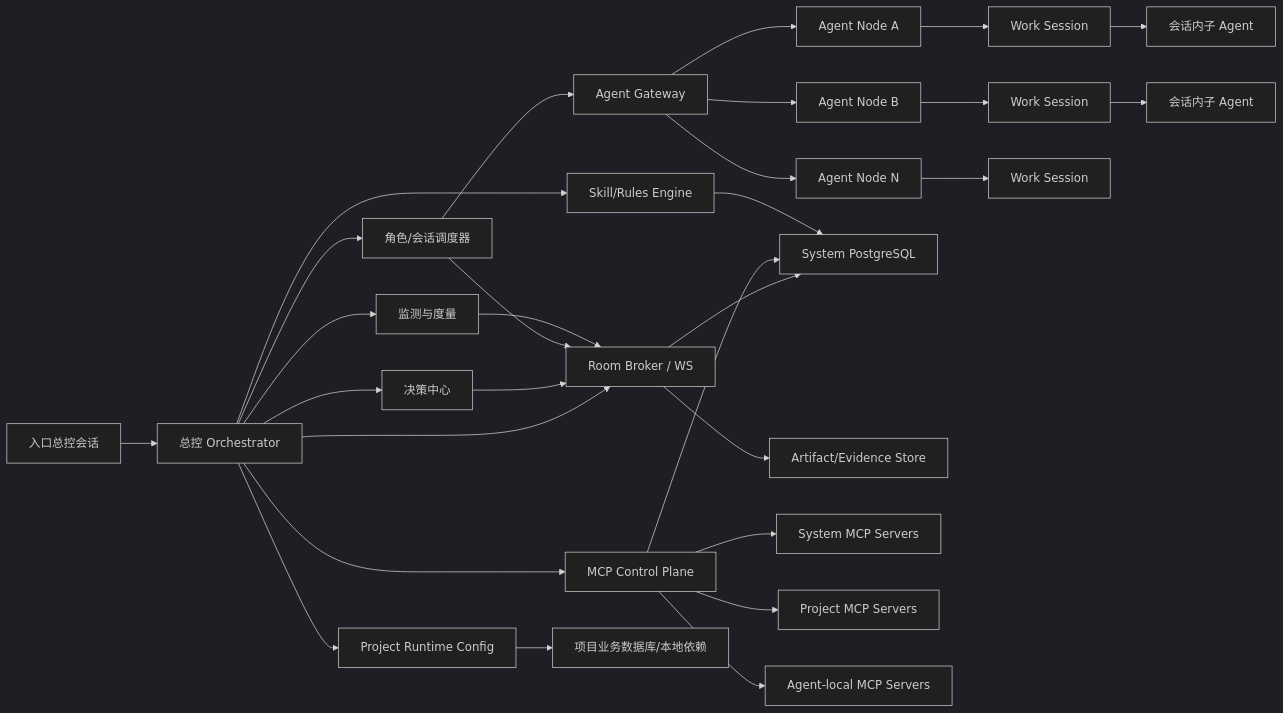
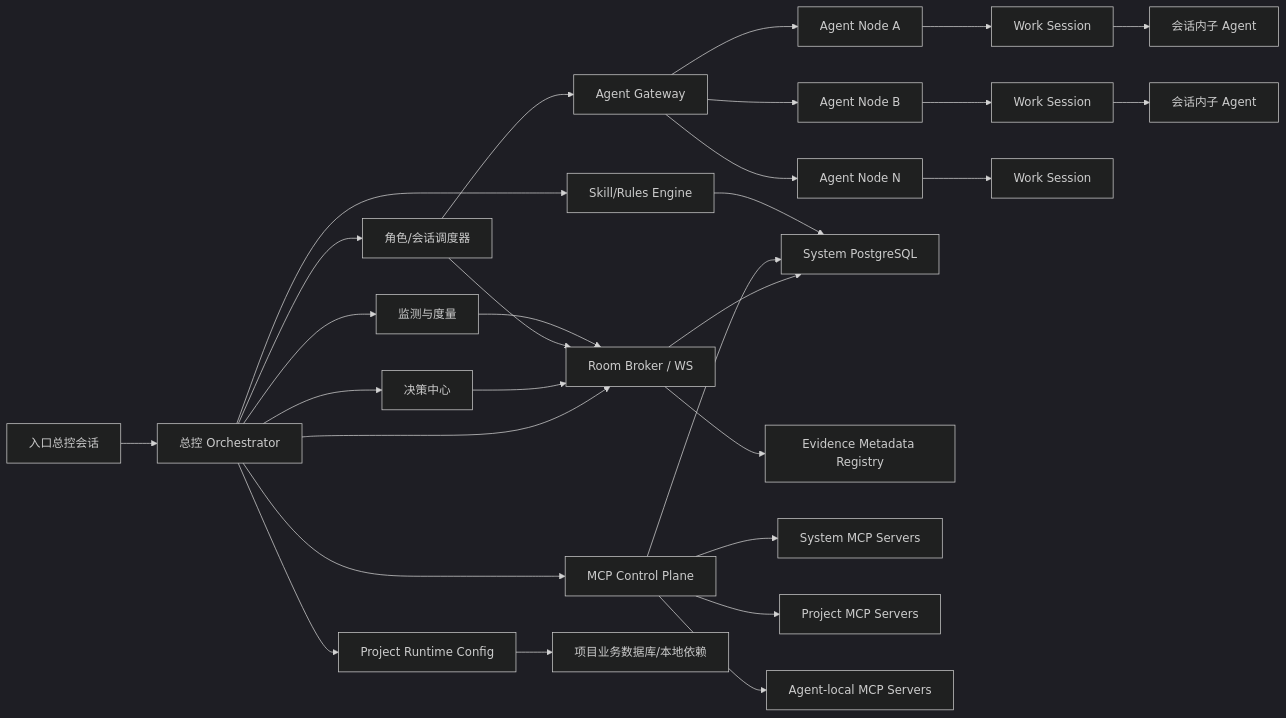
Before and after one commit to DlenoDing/ai-multi-agent-ctrl: the first of 2 diagrams in docs/multi-agent-project-orchestration-system-design.md, drawn with Mermaid (dark theme). The commit also changed other lines of this file and 35 other files, not shown here.

````diff
--- a/docs/multi-agent-project-orchestration-system-design.md
+++ b/docs/multi-agent-project-orchestration-system-design.md
@@ -62,31 +65,31 @@
 ```mermaid
 flowchart LR
     Entry["入口总控会话"] --> OC["总控 Orchestrator"]
     OC --> DC["决策中心"]
     OC --> RM["角色/会话调度器"]
     OC --> MON["监测与度量"]
     RM --> AG["Agent Gateway"]
     AG --> A1["Agent Node A"]
     AG --> A2["Agent Node B"]
     AG --> A3["Agent Node N"]
     A1 --> S1["Work Session"]
     A2 --> S2["Work Session"]
     A3 --> S3["Work Session"]
     S1 --> SUB1["会话内子 Agent"]
     S2 --> SUB2["会话内子 Agent"]
     OC --> RB["Room Broker / WS"]
     OC --> MCP["MCP Control Plane"]
     DC --> RB
     RM --> RB
     MON --> RB
     RB --> DB["System PostgreSQL"]
-    RB --> AR["Artifact/Evidence Store"]
+    RB --> AR["Evidence Metadata Registry"]
     MCP --> DB
     MCP --> M1["System MCP Servers"]
     MCP --> M2["Project MCP Servers"]
     MCP --> M3["Agent-local MCP Servers"]
     OC --> RULE["Skill/Rules Engine"]
     RULE --> DB
     OC --> PRJ["Project Runtime Config"]
     PRJ --> PDB["项目业务数据库/本地依赖"]
 ```
````
